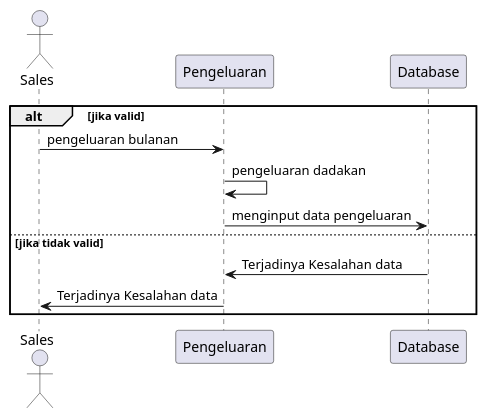
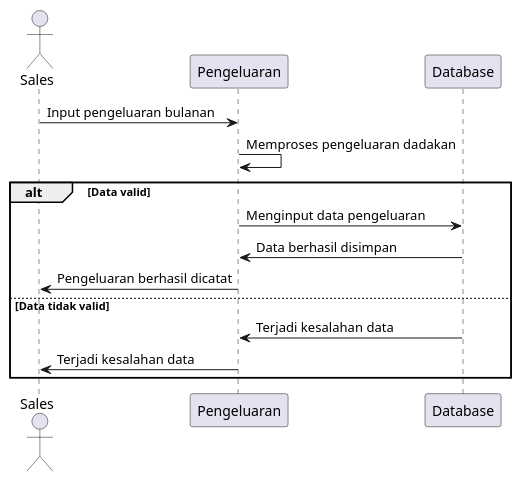
The diagram in pengeluaran.puml (AzmiAli96/projek), drawn with PlantUML before and after one commit. The commit also changed 4 other files, not shown here.

Commit message:
sequence

```diff
--- a/pengeluaran.puml
+++ b/pengeluaran.puml
@@ -1,16 +1,20 @@
 @startuml
 
-Actor Sales
+actor Sales
 participant "Pengeluaran" as pengeluaran
 participant "Database" as DB
 
-alt jika valid
-    Sales -> pengeluaran: pengeluaran bulanan
-    pengeluaran -> pengeluaran: pengeluaran dadakan 
-    pengeluaran-> DB: menginput data pengeluaran
+Sales -> pengeluaran: Input pengeluaran bulanan
+pengeluaran -> pengeluaran: Memproses pengeluaran dadakan
 
-else jika tidak valid
-    DB -> pengeluaran: Terjadinya Kesalahan data
-    pengeluaran -> Sales: Terjadinya Kesalahan data
+alt Data valid
+    pengeluaran -> DB: Menginput data pengeluaran
+    DB -> pengeluaran: Data berhasil disimpan
+    pengeluaran -> Sales: Pengeluaran berhasil dicatat
+
+else Data tidak valid
+    DB -> pengeluaran: Terjadi kesalahan data
+    pengeluaran -> Sales: Terjadi kesalahan data
 end
+
 @enduml
```
